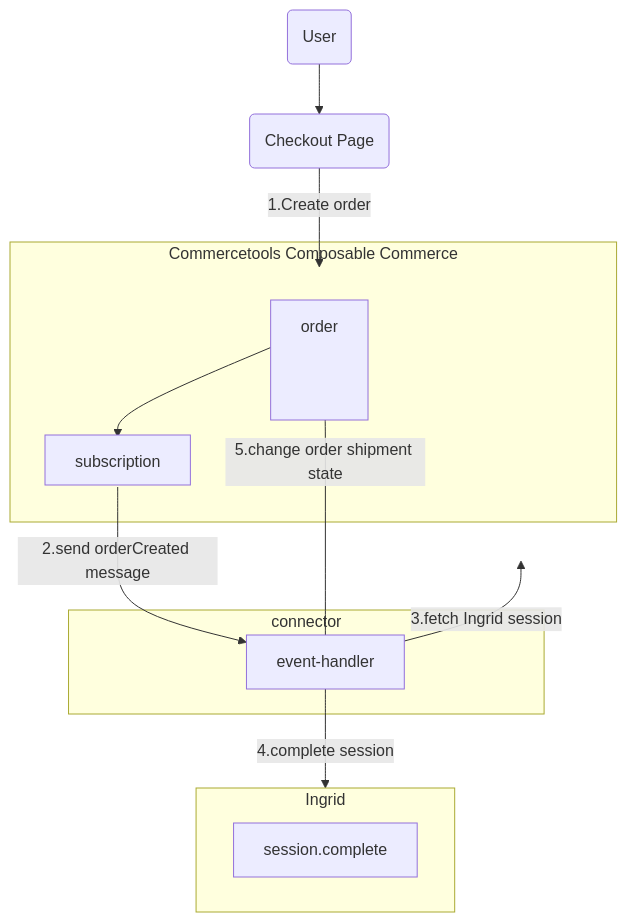
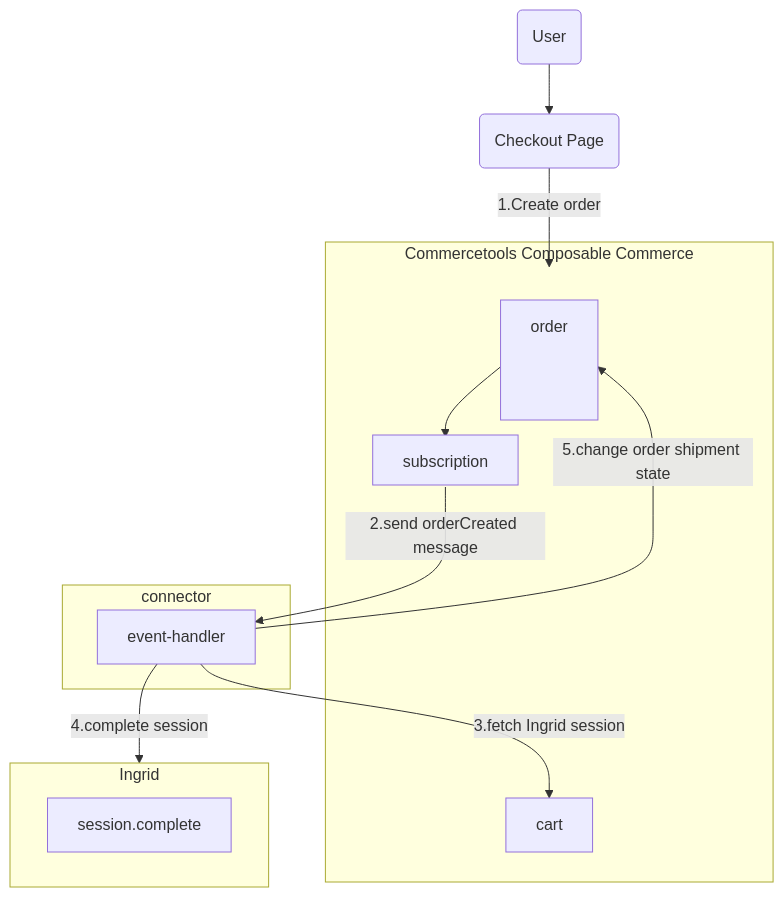
Before and after one commit to commercetools/connect-shipping-integration-ingrid: the third of 3 diagrams in README.md, drawn with Mermaid.

Commit message:
doc: fix flowchart layout

````diff
--- a/README.md
+++ b/README.md
@@ -88,25 +88,25 @@
 ```mermaid
 flowchart TD
     user("User")-->checkout("Checkout Page")
     subgraph connector
         event-handler
     end
     subgraph coco["Commercetools Composable Commerce"]
         order
         subscription
-        
+        cart
     end
     subgraph shipping["Ingrid"]
         session.complete
     end
     
     checkout("Checkout Page")--"1.Create order"-->order-->subscription
     subscription--"2.send orderCreated message"-->event-handler
-    event-handler--"3.fetch Ingrid session"-->coco
+    event-handler--"3.fetch Ingrid session"-->cart
     event-handler--"4.complete session"-->shipping
     event-handler--"5.change order shipment state"-->order
    
-    style coco height:280
+    style coco height:640
     style order height:120, text-align:center
     style subscription height:50, text-align:center  
 ```
````
